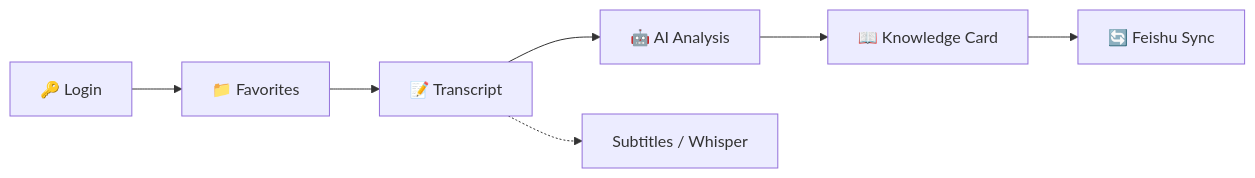
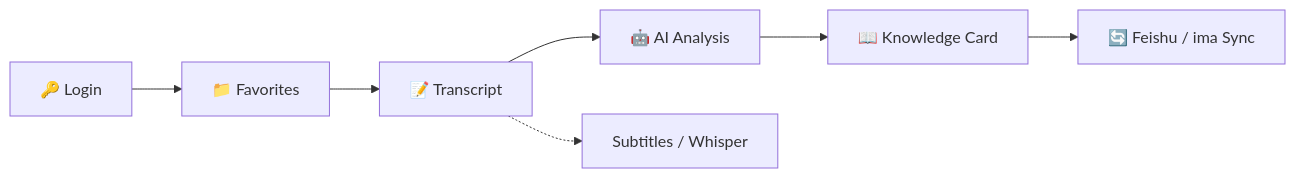
The second of 2 diagrams in README.md (YAHU2024/Unarchive), drawn with Mermaid before and after one commit. The commit also changed other lines of this file and 7 other files, not shown here.

Commit message:
feat(sync): 新增腾讯 ima 同步功能

````diff
--- a/README.md
+++ b/README.md
@@ -129,9 +132,9 @@
 ```mermaid
 graph LR
     A["🔑 Login"] --> B["📁 Favorites"]
     B --> C["📝 Transcript"]
     C --> D["🤖 AI Analysis"]
     D --> E["📖 Knowledge Card"]
-    E --> F["🔄 Feishu Sync"]
+    E --> F["🔄 Feishu / ima Sync"]
     C -.-> C1["Subtitles / Whisper"]
 ```
````
